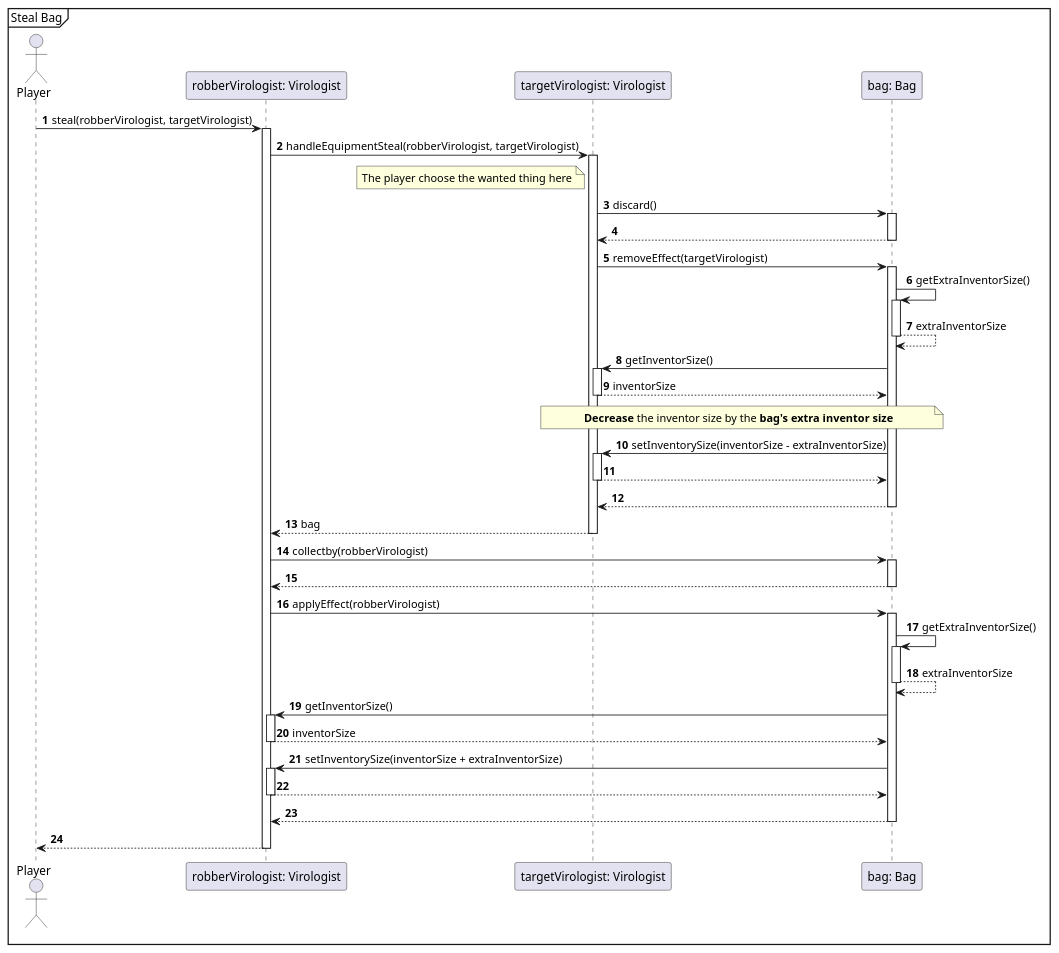
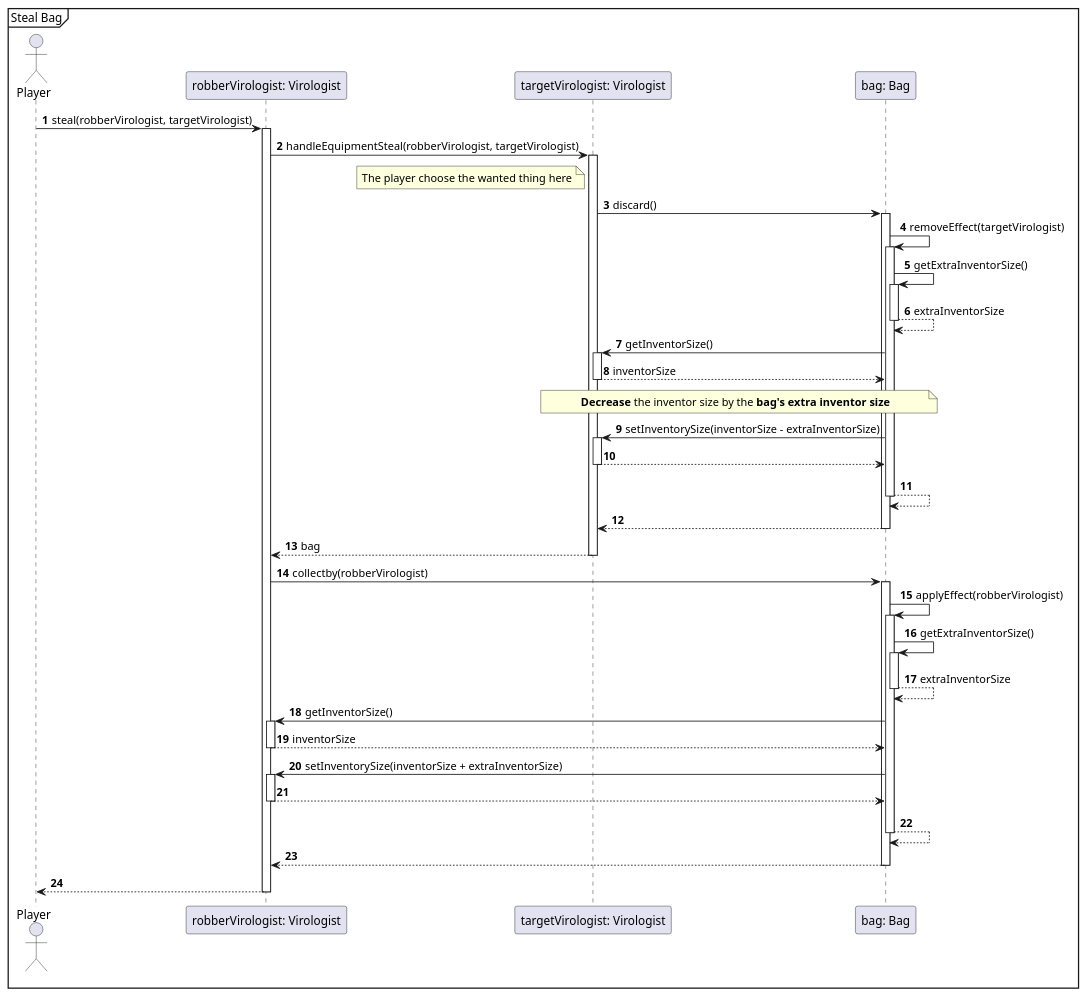
Before and after one commit to Projlab-csb/projlab-virologus: the diagram in Exact Sequence-diagrams/StealBag_.puml, drawn with PlantUML. The commit also changed 17 other files, not shown here.

Commit message:
Little changes in sequences

```diff
--- a/Exact Sequence-diagrams/StealBag_.puml
+++ b/Exact Sequence-diagrams/StealBag_.puml
@@ -1,56 +1,60 @@
 @startuml
 'https://plantuml.com/sequence-diagram
 autonumber
 
 mainframe Steal Bag
 
 actor Player
 
 Player -> "robberVirologist: Virologist"++: steal(robberVirologist, targetVirologist)
 
 "robberVirologist: Virologist" ->  "targetVirologist: Virologist"++: handleEquipmentSteal(robberVirologist, targetVirologist)
 
 
         note left  "targetVirologist: Virologist"
             The player choose the wanted thing here
         end note
 
          "targetVirologist: Virologist"->"bag: Bag"++:discard()
+
+         "bag: Bag" -> "bag: Bag"++ : removeEffect(targetVirologist)
+
+                 "bag: Bag" -> "bag: Bag" ++ : getExtraInventorSize()
+                 "bag: Bag"  --> "bag: Bag" -- : extraInventorSize
+
+                 "bag: Bag"  -> "targetVirologist: Virologist"++ : getInventorSize()
+                 "targetVirologist: Virologist"--> "bag: Bag" -- : inventorSize
+
+                 note over "targetVirologist: Virologist", "bag: Bag"
+                 **Decrease** the inventor size by the **bag's extra inventor size**
+                 end note
+
+                 "bag: Bag"  -> "targetVirologist: Virologist"++ : setInventorySize(inventorSize - extraInventorSize)
+                 "targetVirologist: Virologist"--> "bag: Bag" --
+                 "bag: Bag"--> "bag: Bag"--
+
         "bag: Bag"--> "targetVirologist: Virologist"--
-        "targetVirologist: Virologist" -> "bag: Bag"++ : removeEffect(targetVirologist)
 
-        "bag: Bag" -> "bag: Bag" ++ : getExtraInventorSize()
-        "bag: Bag"  --> "bag: Bag" -- : extraInventorSize
-
-        "bag: Bag"  -> "targetVirologist: Virologist"++ : getInventorSize()
-        "targetVirologist: Virologist"--> "bag: Bag" -- : inventorSize
-
-        note over "targetVirologist: Virologist", "bag: Bag"
-        **Decrease** the inventor size by the **bag's extra inventor size**
-        end note
-
-        "bag: Bag"  -> "targetVirologist: Virologist"++ : setInventorySize(inventorSize - extraInventorSize)
-        "targetVirologist: Virologist"--> "bag: Bag" --
-        "bag: Bag"--> "targetVirologist: Virologist"--
 
      "targetVirologist: Virologist" -->"robberVirologist: Virologist"--: bag
     "robberVirologist: Virologist"->"bag: Bag"++:collectby(robberVirologist)
-    "bag: Bag" --> "robberVirologist: Virologist"--
-"robberVirologist: Virologist" -> "bag: Bag"++ : applyEffect(robberVirologist)
+    "bag: Bag" -> "bag: Bag"++ : applyEffect(robberVirologist)
 
 
-'Itt miért kéri le magától a méretét?
-"bag: Bag" -> "bag: Bag"++ : getExtraInventorSize()
-"bag: Bag" --> "bag: Bag"-- : extraInventorSize
+    'Itt miért kéri le magától a méretét?
+    "bag: Bag" -> "bag: Bag"++ : getExtraInventorSize()
+    "bag: Bag" --> "bag: Bag"-- : extraInventorSize
 
-"bag: Bag" -> "robberVirologist: Virologist"++ : getInventorSize()
-"robberVirologist: Virologist" --> "bag: Bag"-- : inventorSize
+    "bag: Bag" -> "robberVirologist: Virologist"++ : getInventorSize()
+    "robberVirologist: Virologist" --> "bag: Bag"-- : inventorSize
 
-"bag: Bag" -> "robberVirologist: Virologist"++ : setInventorySize(inventorSize + extraInventorSize)
-"robberVirologist: Virologist" --> "bag: Bag"--
+    "bag: Bag" -> "robberVirologist: Virologist"++ : setInventorySize(inventorSize + extraInventorSize)
+    "robberVirologist: Virologist" --> "bag: Bag"--
 
-"bag: Bag" --> "robberVirologist: Virologist"--
+    "bag: Bag" --> "bag: Bag"--
+    "bag: Bag" --> "robberVirologist: Virologist"--
+
 
 
 "robberVirologist: Virologist" --> Player --
 @enduml
```
